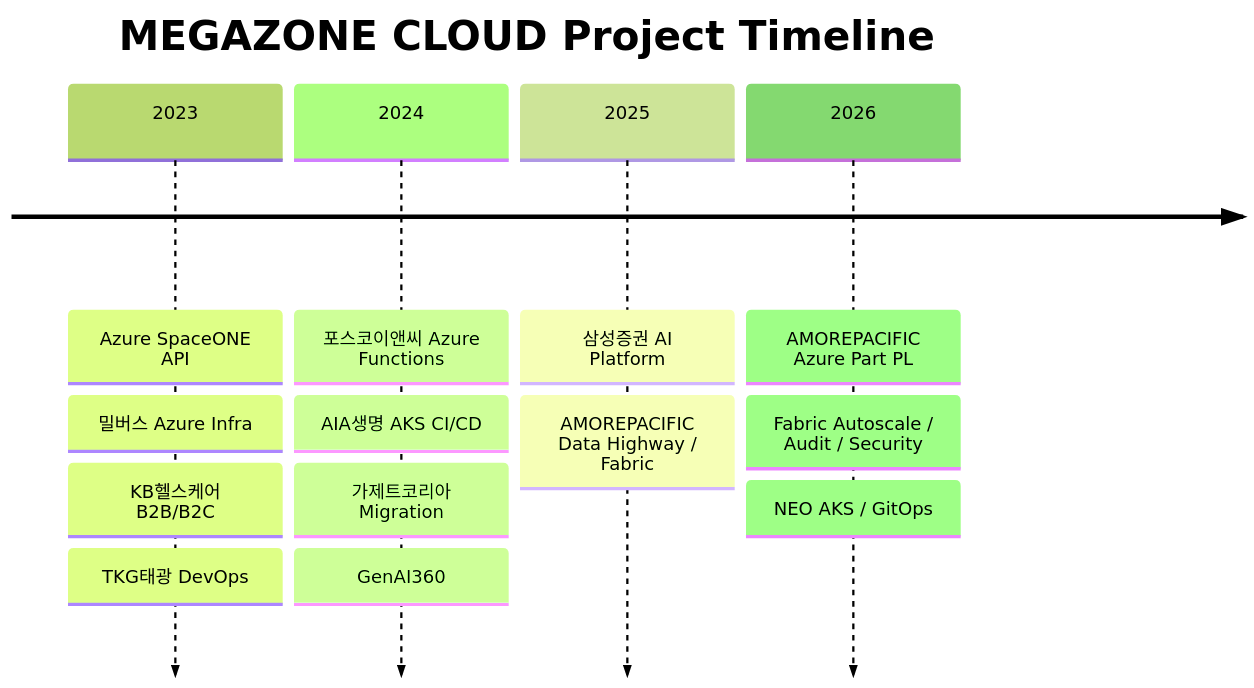
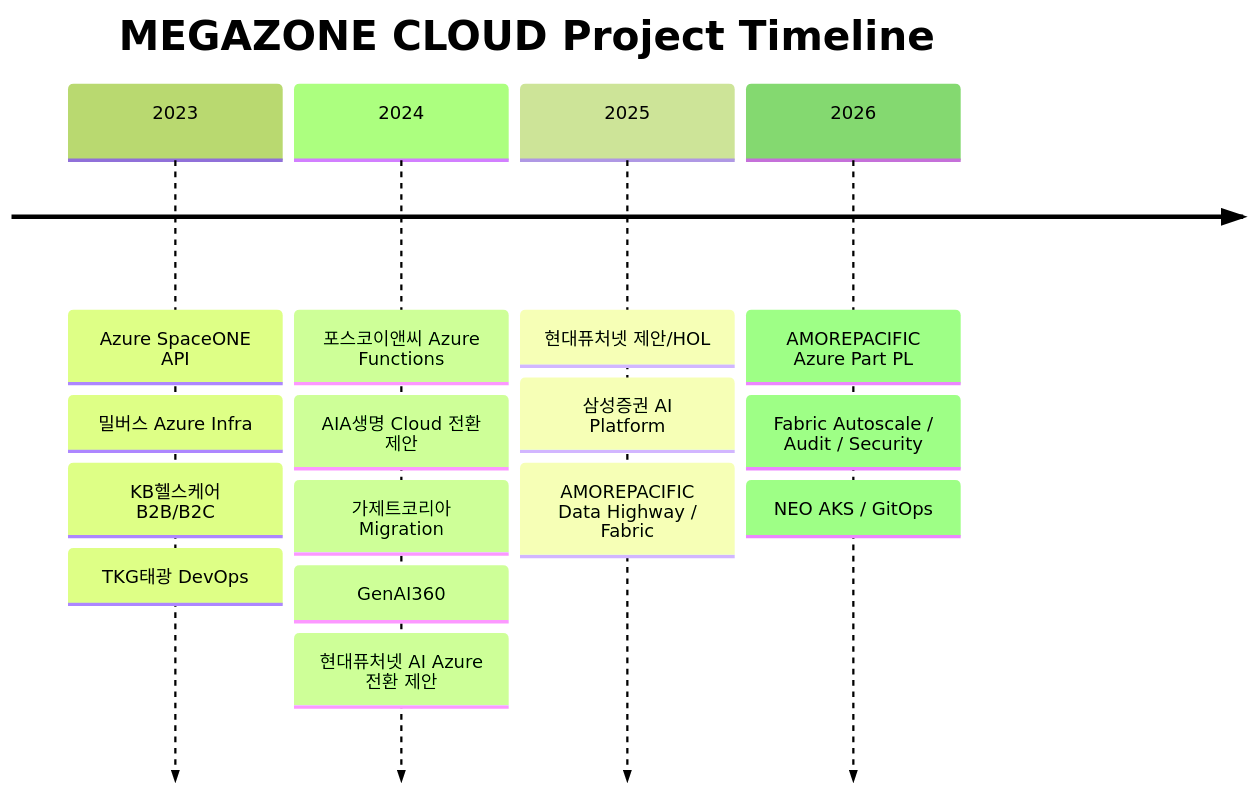
Before and after one commit to min-ser/min-ser.github.io: the third of 3 diagrams in content/02_CAREER/2022-megazone.md, drawn with Mermaid (forest theme). The commit also changed other lines of this file and 7 other files, not shown here.

````diff
--- a/content/02_CAREER/2022-megazone.md
+++ b/content/02_CAREER/2022-megazone.md
@@ -142,8 +142,8 @@
 ```mermaid
 timeline
  title MEGAZONE CLOUD Project Timeline
  2023 : Azure SpaceONE API : 밀버스 Azure Infra : KB헬스케어 B2B/B2C : TKG태광 DevOps
- 2024 : 포스코이앤씨 Azure Functions : AIA생명 AKS CI/CD : 가제트코리아 Migration : GenAI360
- 2025 : 삼성증권 AI Platform : AMOREPACIFIC Data Highway / Fabric
+ 2024 : 포스코이앤씨 Azure Functions : AIA생명 Cloud 전환 제안 : 가제트코리아 Migration : GenAI360 : 현대퓨처넷 AI Azure 전환 제안
+ 2025 : 현대퓨처넷 제안/HOL : 삼성증권 AI Platform : AMOREPACIFIC Data Highway / Fabric
  2026 : AMOREPACIFIC Azure Part PL : Fabric Autoscale / Audit / Security : NEO AKS / GitOps
 ```
````
